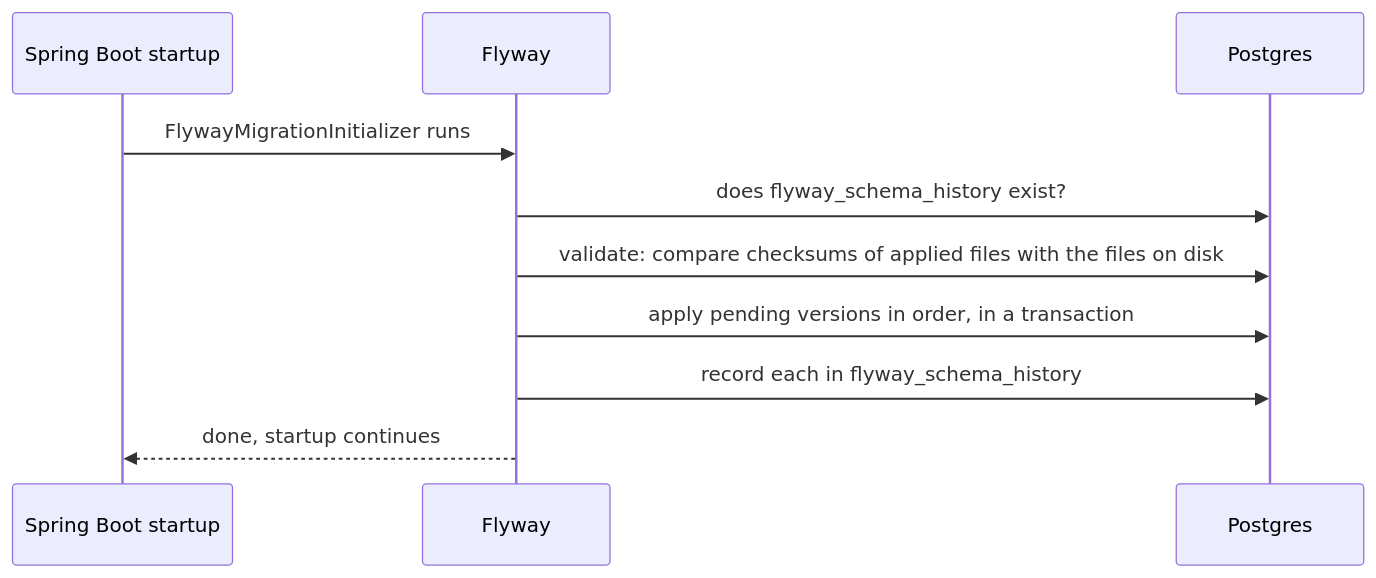
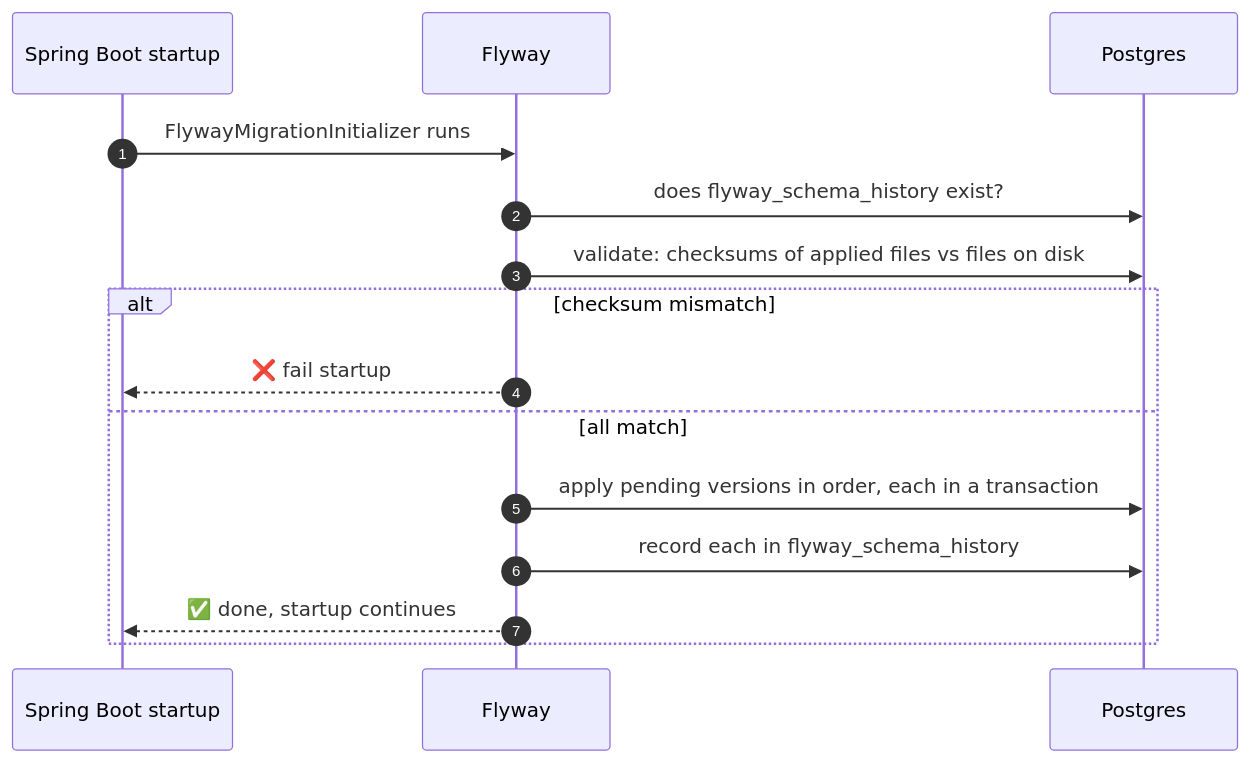
One commit to Sriram-Karthick-k/progress-tracker changed the second of 3 diagrams in content/notes/spring-boot-system-design/02-persistence/flyway-migrations.md. Above: the diagram before and after it, drawn with Mermaid. The commit also changed other lines of this file and 18 other files, not shown here.

````diff
--- a/content/notes/spring-boot-system-design/02-persistence/flyway-migrations.md
+++ b/content/notes/spring-boot-system-design/02-persistence/flyway-migrations.md
@@ -7,12 +39,17 @@
 ```mermaid
 sequenceDiagram
+  autonumber
   participant App as Spring Boot startup
   participant F as Flyway
   participant DB as Postgres
   App->>F: FlywayMigrationInitializer runs
   F->>DB: does flyway_schema_history exist?
-  F->>DB: validate: compare checksums of applied files with the files on disk
-  F->>DB: apply pending versions in order, in a transaction
-  F->>DB: record each in flyway_schema_history
-  F-->>App: done, startup continues
+  F->>DB: validate: checksums of applied files vs files on disk
+  alt checksum mismatch
+    F-->>App: ❌ fail startup
+  else all match
+    F->>DB: apply pending versions in order, each in a transaction
+    F->>DB: record each in flyway_schema_history
+    F-->>App: ✅ done, startup continues
+  end
 ```
````
